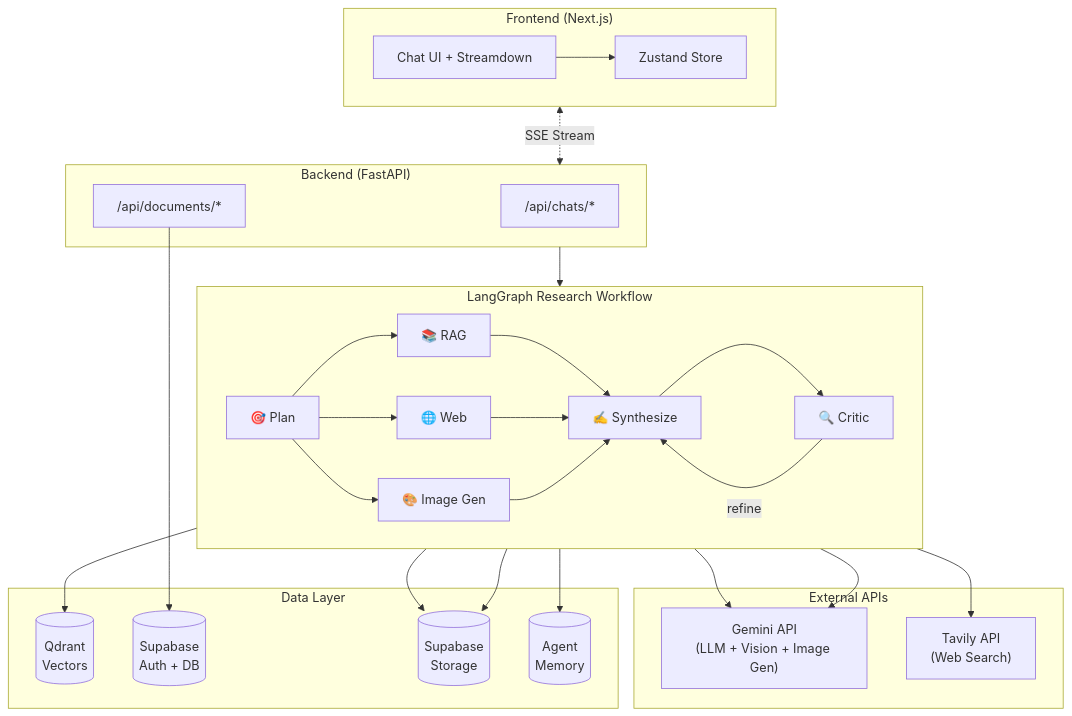
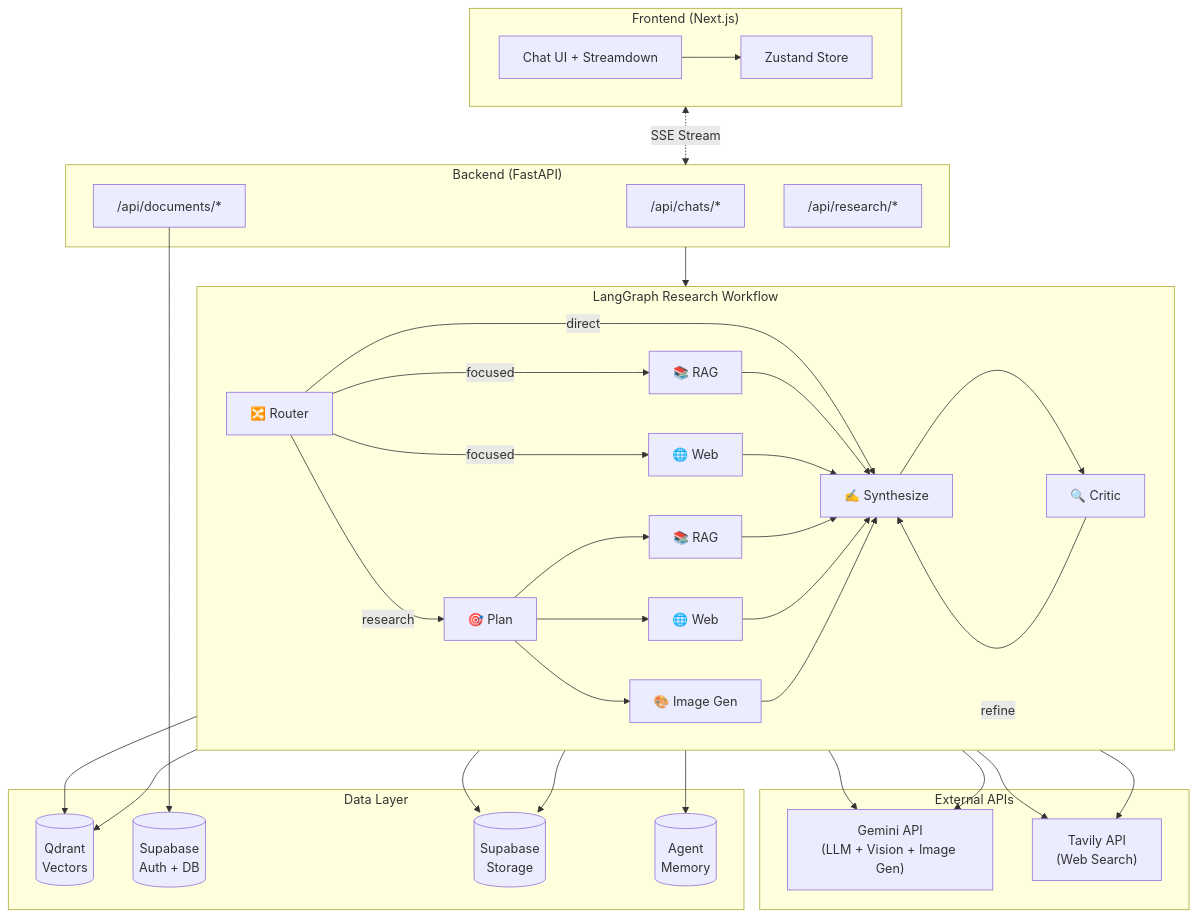
Before and after one commit to thornxyz/revera: the diagram in README.md, drawn with Mermaid.

Commit message:
readme update

````diff
--- a/README.md
+++ b/README.md
@@ -7,47 +7,56 @@
 ```mermaid
 flowchart TB
     subgraph Client["Frontend (Next.js)"]
         UI["Chat UI + Streamdown"] --> Store["Zustand Store"]
     end
-    
+
     subgraph Server["Backend (FastAPI)"]
         ChatsAPI["/api/chats/*"]
         DocsAPI["/api/documents/*"]
+        ResearchAPI["/api/research/*"]
     end
-    
+
     subgraph ResearchFlow["LangGraph Research Workflow"]
         direction LR
-        Plan["🎯 Plan"] --> Retrieve["📚 RAG"]
+        Router["🔀 Router"] -->|direct| Synth["✍️ Synthesize"]
+        Router -->|focused| FocusRAG["📚 RAG"]
+        Router -->|focused| FocusWeb["🌐 Web"]
+        Router -->|research| Plan["🎯 Plan"]
+        FocusRAG --> Synth
+        FocusWeb --> Synth
+        Plan --> Retrieve["📚 RAG"]
         Plan --> Web["🌐 Web"]
         Plan --> ImgGen["🎨 Image Gen"]
-        Retrieve --> Synth["✍️ Synthesize"]
+        Retrieve --> Synth
         Web --> Synth
         ImgGen --> Synth
         Synth --> Critic["🔍 Critic"]
         Critic -->|refine| Synth
     end
-    
+
     subgraph External["External APIs"]
         Gemini["Gemini API<br/>(LLM + Vision + Image Gen)"]
         Tavily["Tavily API<br/>(Web Search)"]
     end
-    
+
     subgraph Storage["Data Layer"]
         Qdrant[("Qdrant<br/>Vectors")]
         Supabase[("Supabase<br/>Auth + DB")]
         SupaStorage[("Supabase<br/>Storage")]
         Memory[("Agent<br/>Memory")]
     end
-    
+
     Client <-.->|SSE Stream| Server
     Server --> ResearchFlow
-    
+
     ResearchFlow --> Gemini
     ImgGen --> Gemini
     Web --> Tavily
+    FocusWeb --> Tavily
     Retrieve --> Qdrant
+    FocusRAG --> Qdrant
     Synth --> SupaStorage
     ImgGen --> SupaStorage
     ResearchFlow --> Memory
     DocsAPI --> Supabase
 ```
````
